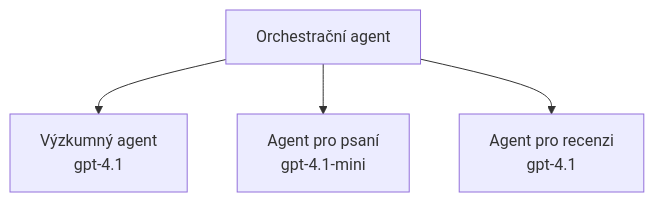
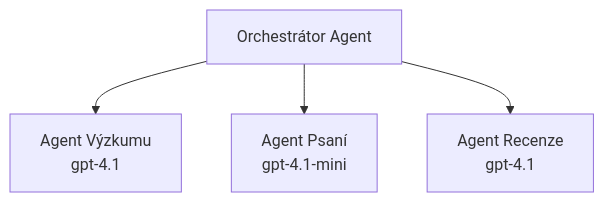
The third of 3 diagrams in translations/cs/docs/chapter-02-ai-development/agents.md (microsoft/AZD-for-beginners), drawn with Mermaid before and after one commit. The commit also changed other lines of this file and 101 other files, not shown here.

````diff
--- a/translations/cs/docs/chapter-02-ai-development/agents.md
+++ b/translations/cs/docs/chapter-02-ai-development/agents.md
@@ -189,6 +194,6 @@
 ```mermaid
 graph TD
-    Orchestrator[Orchestrační agent] --> Research[Výzkumný agent<br/>gpt-4.1]
-    Orchestrator --> Writer[Agent pro psaní<br/>gpt-4.1-mini]
-    Orchestrator --> Reviewer[Agent pro recenzi<br/>gpt-4.1]
-```
+    Orchestrator[Orchestrátor Agent] --> Research[Agent Výzkumu<br/>gpt-4.1]
+    Orchestrator --> Writer[Agent Psaní<br/>gpt-4.1-mini]
+    Orchestrator --> Reviewer[Agent Recenze<br/>gpt-4.1]
+```  
````
